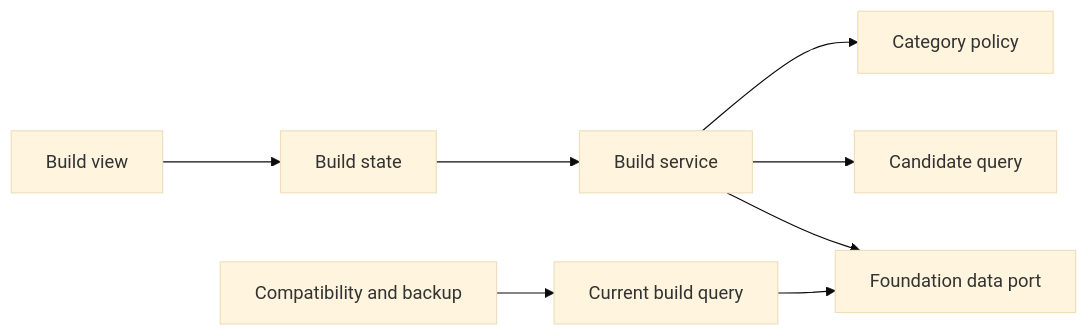
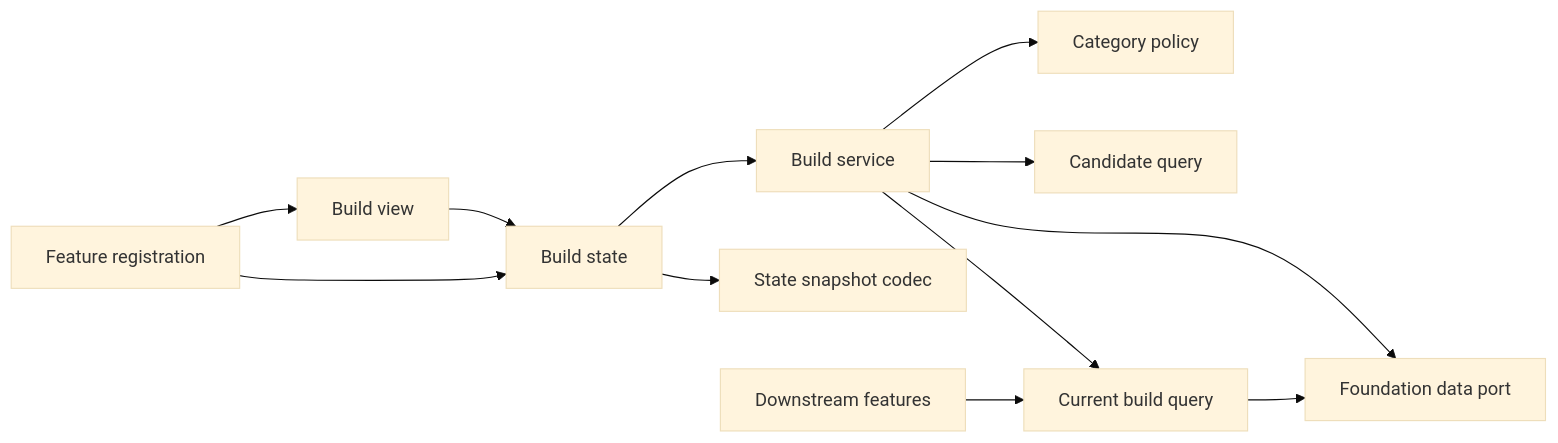
The first of 2 diagrams in .kiro/specs/current-build-management/design.md (Huruikagi/pc-build-planner), drawn with Mermaid (base theme) before and after one commit. The commit also changed other lines of this file and 2 other files, not shown here.

Commit message:
docs(current-build-management): approve aligned design

````diff
--- a/.kiro/specs/current-build-management/design.md
+++ b/.kiro/specs/current-build-management/design.md
@@ -53,10 +57,14 @@
 ```mermaid
 graph LR
     UI[Build view] --> State[Build state]
     State --> Service[Build service]
+    State --> Snapshot[State snapshot codec]
     Service --> Policy[Category policy]
     Service --> Candidates[Candidate query]
+    Service --> BuildQuery[Current build query]
     Service --> Data[Foundation data port]
-    Downstream[Compatibility and backup] --> Query[Current build query]
-    Query --> Data
+    BuildQuery --> Data
+    Registration[Feature registration] --> State
+    Registration --> UI
+    Downstream[Downstream features] --> BuildQuery
 ```
````
